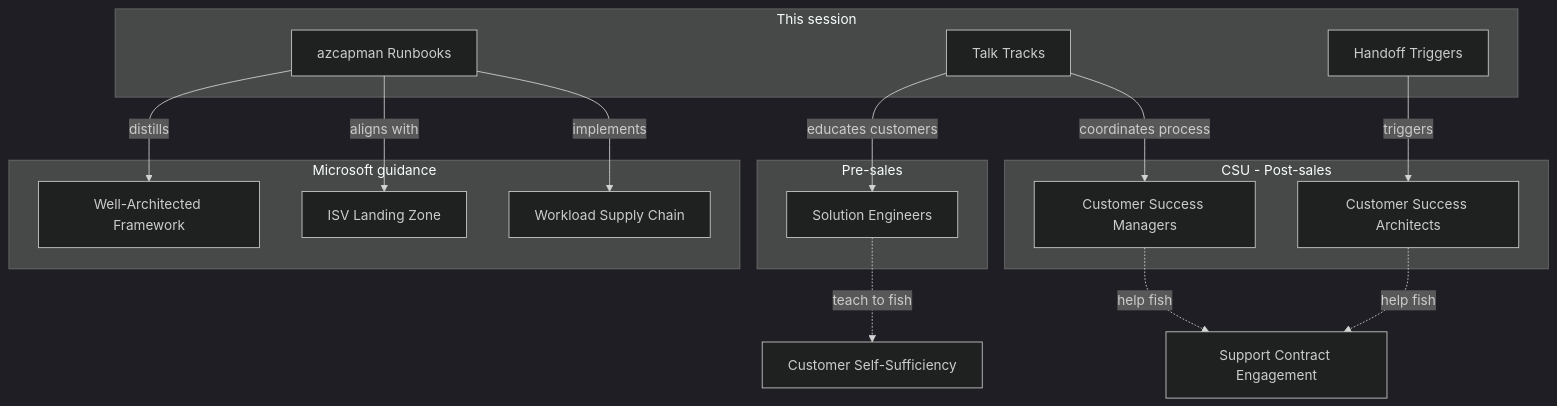
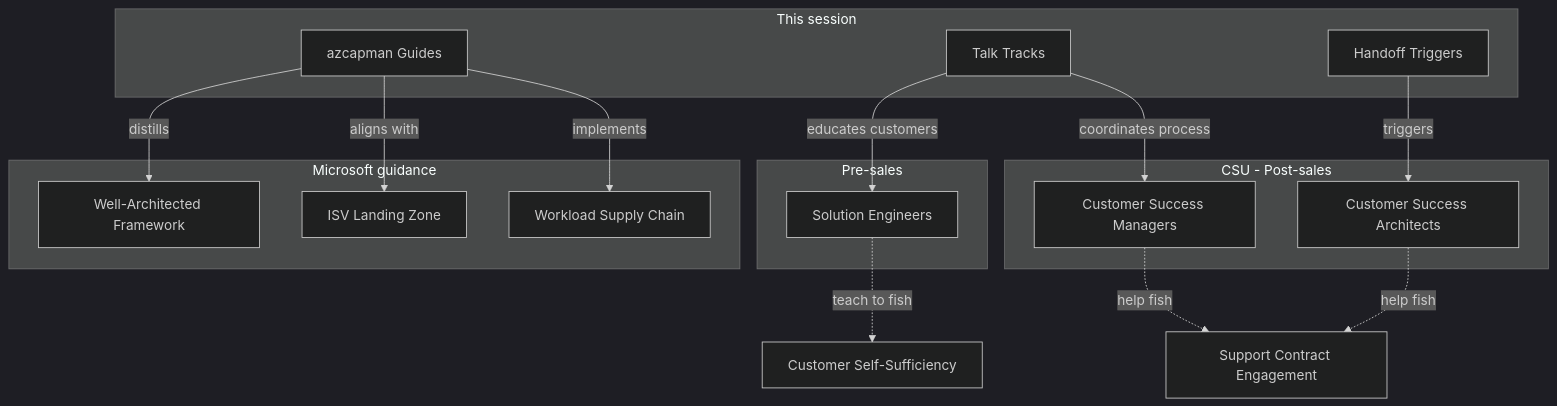
Before and after one commit to msbrettorg/azcapman: the diagram in training/modules/module-01-title-and-welcome.md, drawn with Mermaid (dark theme). The commit also changed other lines of this file and 31 other files, not shown here.

````diff
--- a/training/modules/module-01-title-and-welcome.md
+++ b/training/modules/module-01-title-and-welcome.md
@@ -39,35 +47,35 @@
 ```mermaid
 graph TD
     subgraph "This session"
-        azcapman[azcapman Runbooks]
+        azcapman[azcapman Guides]
         talk_tracks[Talk Tracks]
         handoffs[Handoff Triggers]
     end
 
     subgraph "Microsoft guidance"
         waf[Well-Architected Framework]
         isv_lz[ISV Landing Zone]
         supply_chain[Workload Supply Chain]
     end
 
     subgraph "Pre-sales"
         se[Solution Engineers]
     end
 
     subgraph "CSU - Post-sales"
         csm[Customer Success Managers]
         csa[Customer Success Architects]
     end
 
     azcapman -->|"distills"| waf
     azcapman -->|"aligns with"| isv_lz
     azcapman -->|"implements"| supply_chain
 
     talk_tracks -->|"educates customers"| se
     talk_tracks -->|"coordinates process"| csm
     handoffs -->|"triggers"| csa
 
     se -.->|"teach to fish"| customer[Customer Self-Sufficiency]
     csm -.->|"help fish"| support[Support Contract Engagement]
     csa -.->|"help fish"| support
 ```
````
